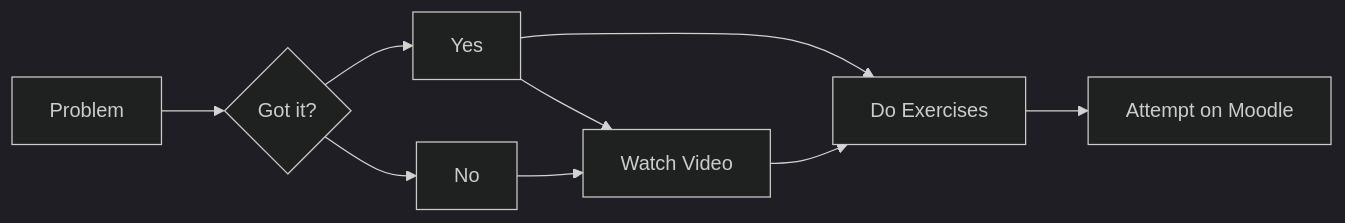
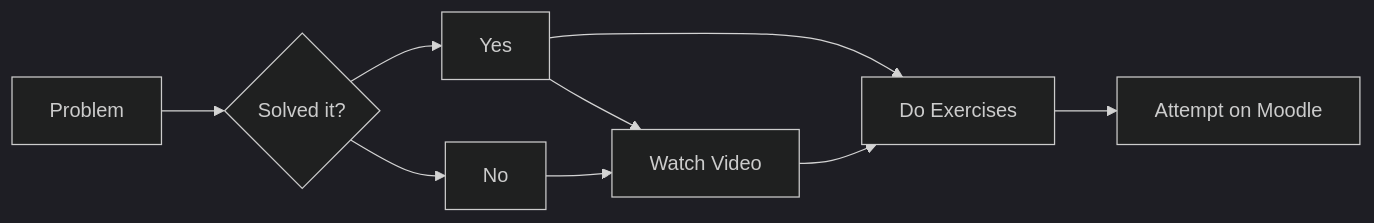
Before and after one commit to ahdar1/numbook: the diagram in index.qmd, drawn with Mermaid (dark theme). The commit also changed other lines of this file and 21 other files, not shown here.

````diff
--- a/index.qmd
+++ b/index.qmd
@@ -23,11 +25,11 @@
 ```{mermaid}
 flowchart LR
-  A[Problem] --> B{Got it?}
+  A[Problem] --> B{Solved it?}
   B --> D[Yes]
   D --> G[Watch Video]
   D --> F[Go to Exercises]
   B --> E[No]
   E --> G[Watch Video]
   G --> F[Do Exercises]
   F --> H[Attempt on Moodle]
 ```
````
